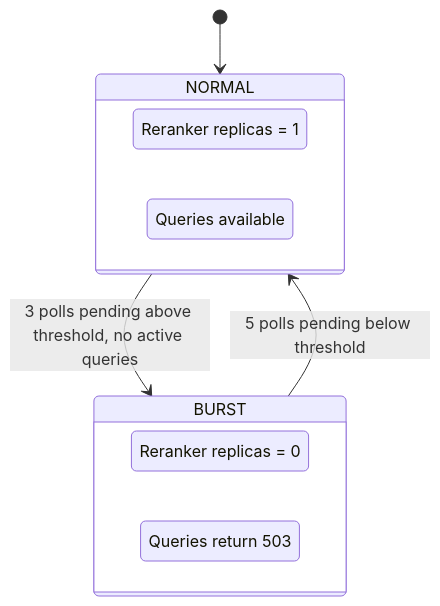
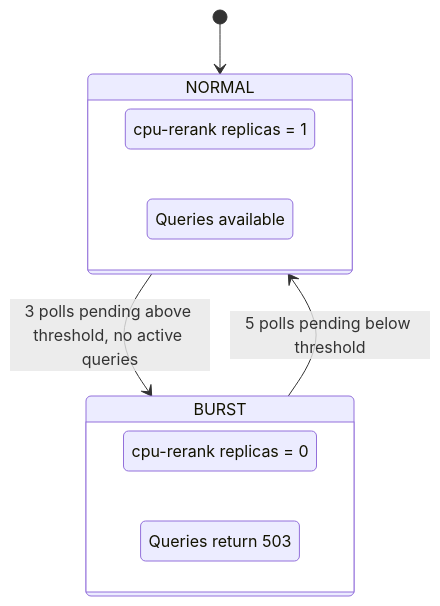
The third of 3 diagrams in README.md (blik616287/roadrunner), drawn with Mermaid before and after one commit. The commit also changed other lines of this file, not shown here.

````diff
--- a/README.md
+++ b/README.md
@@ -316,18 +317,18 @@
 ```mermaid
 stateDiagram-v2
     [*] --> NORMAL
     NORMAL --> BURST : 3 polls pending above threshold, no active queries
     BURST --> NORMAL : 5 polls pending below threshold
 
     state NORMAL {
         direction LR
-        n1: Reranker replicas = 1
+        n1: cpu-rerank replicas = 1
         n2: Queries available
     }
 
     state BURST {
         direction LR
-        b1: Reranker replicas = 0
+        b1: cpu-rerank replicas = 0
         b2: Queries return 503
     }
 ```
````
